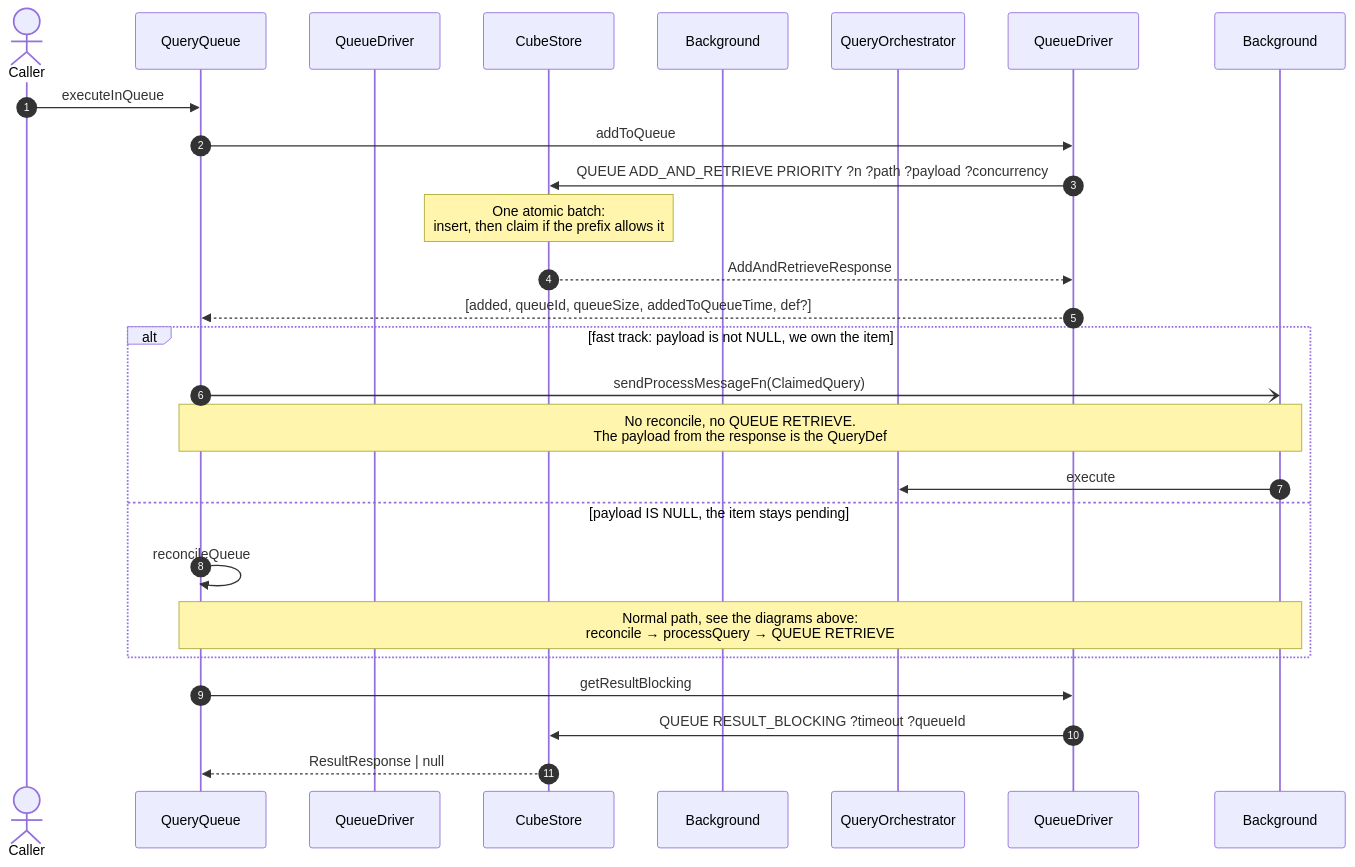
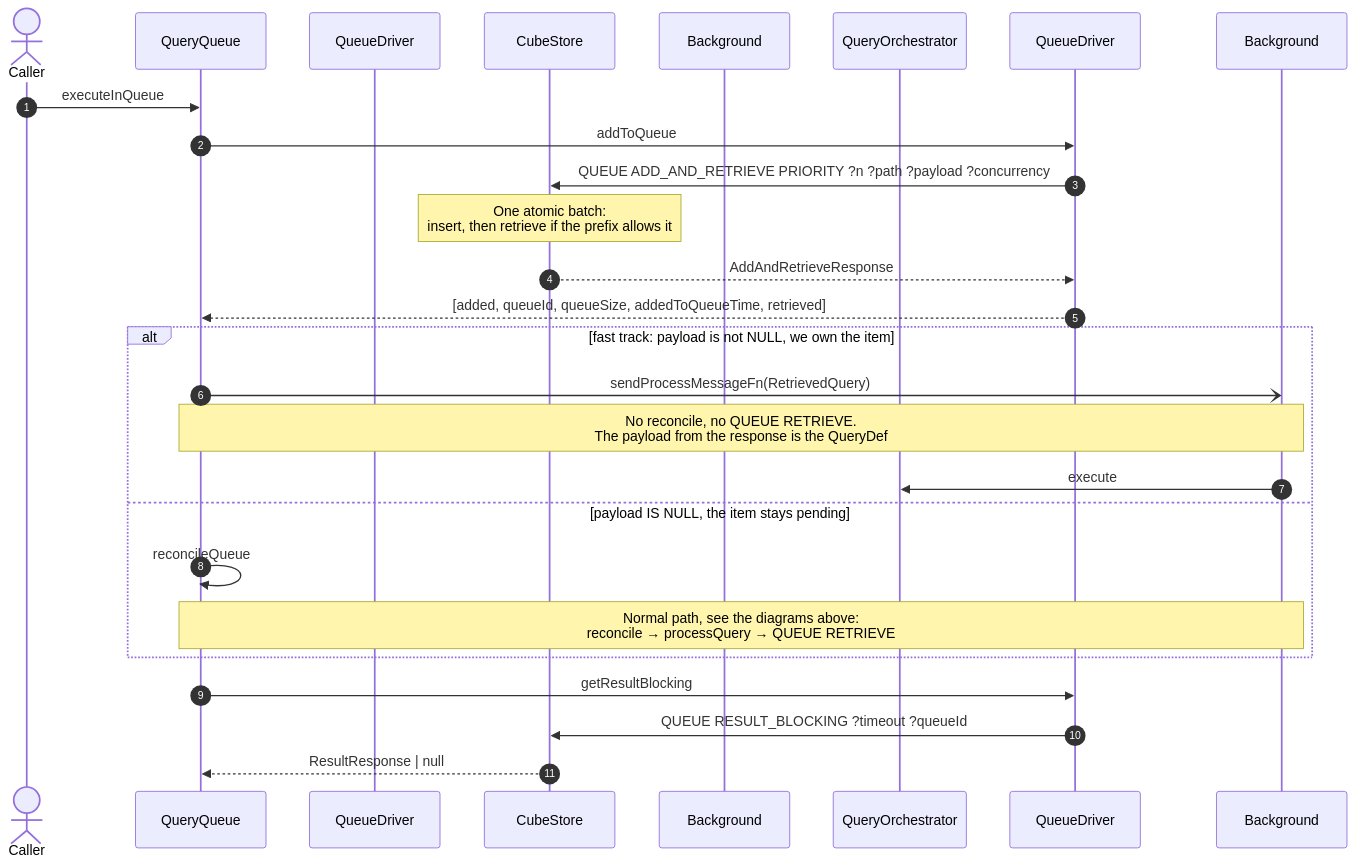
One commit to cube-js/cube changed the fourth of 4 diagrams in packages/cubejs-query-orchestrator/DEVELOPMENT.md. Above: the diagram before and after it, drawn with Mermaid. The commit also changed other lines of this file and 14 other files, not shown here.

````diff
--- a/packages/cubejs-query-orchestrator/DEVELOPMENT.md
+++ b/packages/cubejs-query-orchestrator/DEVELOPMENT.md
@@ -276,31 +290,31 @@
 ```mermaid
 sequenceDiagram
     autonumber
     actor Caller
     participant QueryQueue
     participant QueueDriverInterface as QueueDriver
     participant CubeStore
     participant BackgroundQueryQueue as Background
     participant QueryOrchestrator
 
     Caller->>QueryQueue: executeInQueue
     QueryQueue->>QueueDriver: addToQueue
 
     QueueDriver->>CubeStore: QUEUE ADD_AND_RETRIEVE PRIORITY ?n ?path ?payload ?concurrency
-    Note over CubeStore: One atomic batch:<br/>insert, then claim if the prefix allows it
+    Note over CubeStore: One atomic batch:<br/>insert, then retrieve if the prefix allows it
     CubeStore-->>QueueDriver: AddAndRetrieveResponse
-    QueueDriver-->>QueryQueue: [added, queueId, queueSize, addedToQueueTime, def?]
+    QueueDriver-->>QueryQueue: [added, queueId, queueSize, addedToQueueTime, retrieved]
 
     alt fast track: payload is not NULL, we own the item
-        QueryQueue-)Background: sendProcessMessageFn(ClaimedQuery)
+        QueryQueue-)Background: sendProcessMessageFn(RetrievedQuery)
         Note over QueryQueue,Background: No reconcile, no QUEUE RETRIEVE.<br/>The payload from the response is the QueryDef
         Background->>QueryOrchestrator: execute
     else payload IS NULL, the item stays pending
         QueryQueue->>QueryQueue: reconcileQueue
         Note over QueryQueue,Background: Normal path, see the diagrams above:<br/>reconcile → processQuery → QUEUE RETRIEVE
     end
 
     QueryQueue->>QueueDriver: getResultBlocking
     QueueDriver->>CubeStore: QUEUE RESULT_BLOCKING ?timeout ?queueId
     CubeStore-->>QueryQueue: ResultResponse | null
 ```
````
